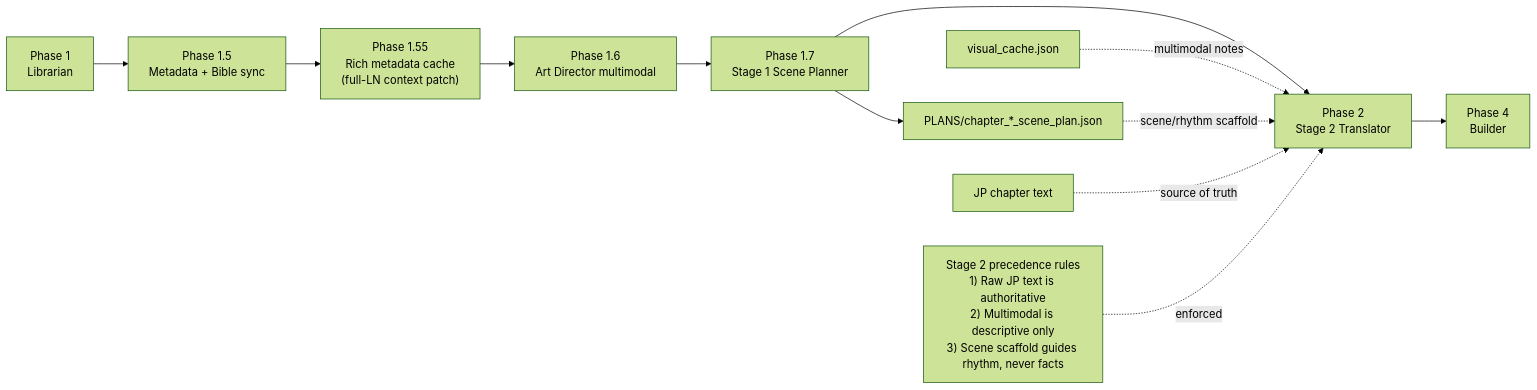
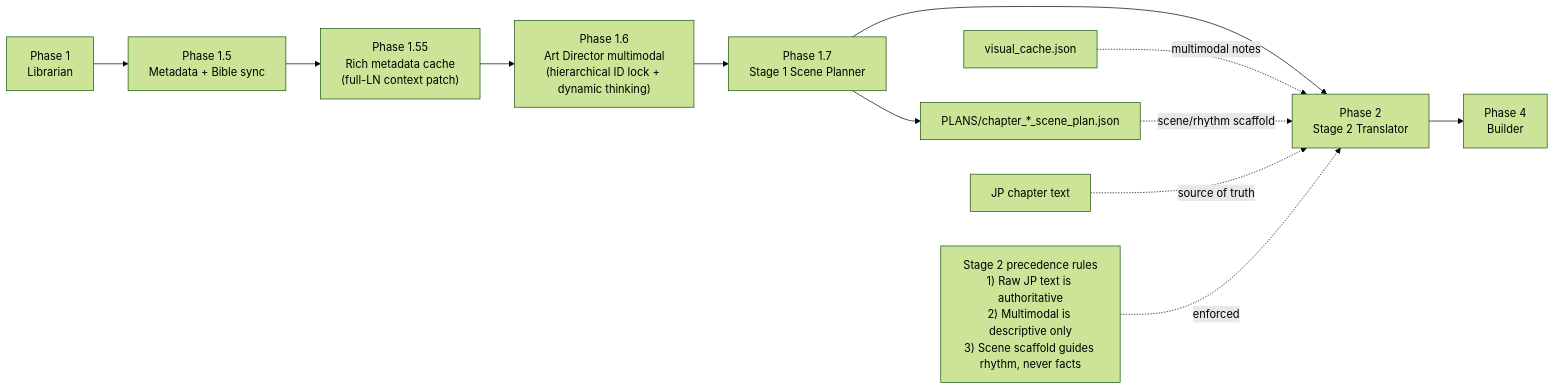
One commit to thangdam97/MTL-Studio changed the second of 2 diagrams in README.md. Above: the diagram before and after it, drawn with Mermaid (forest theme). The commit also changed other lines of this file and 8 other files, not shown here.

````diff
--- a/README.md
+++ b/README.md
@@ -1461,16 +1489,16 @@
 ```mermaid
 flowchart LR
     P1["Phase 1\nLibrarian"] --> P15["Phase 1.5\nMetadata + Bible sync"]
     P15 --> P155["Phase 1.55\nRich metadata cache\n(full-LN context patch)"]
-    P155 --> P16["Phase 1.6\nArt Director multimodal"]
+    P155 --> P16["Phase 1.6\nArt Director multimodal\n(hierarchical ID lock + dynamic thinking)"]
     P16 --> P17["Phase 1.7\nStage 1 Scene Planner"]
     P17 --> P2["Phase 2\nStage 2 Translator"]
     P2 --> P4["Phase 4\nBuilder"]
 
     P17 --> PLAN["PLANS/chapter_*_scene_plan.json"]
     VC["visual_cache.json"] -. multimodal notes .-> P2
     PLAN -. scene/rhythm scaffold .-> P2
     RAW["JP chapter text"] -. source of truth .-> P2
 
     RULES["Stage 2 precedence rules\n1) Raw JP text is authoritative\n2) Multimodal is descriptive only\n3) Scene scaffold guides rhythm, never facts"] -. enforced .-> P2
 ```
````
